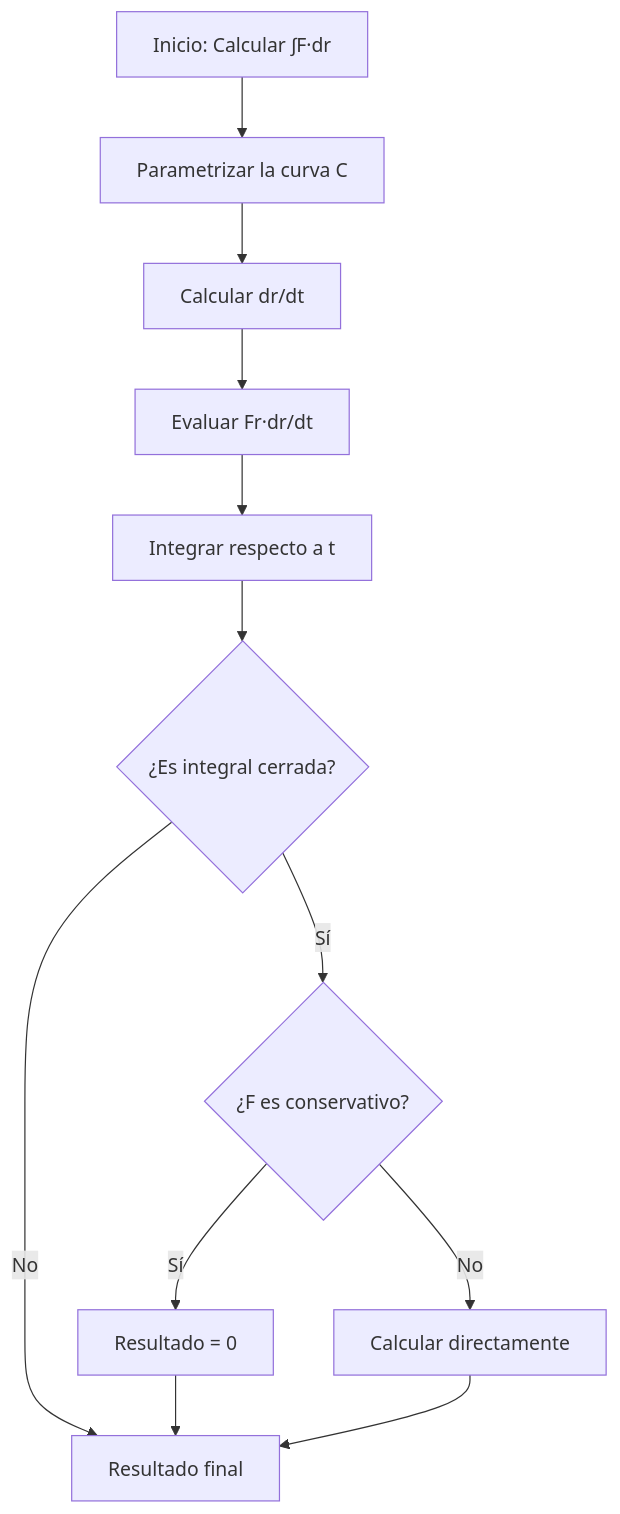
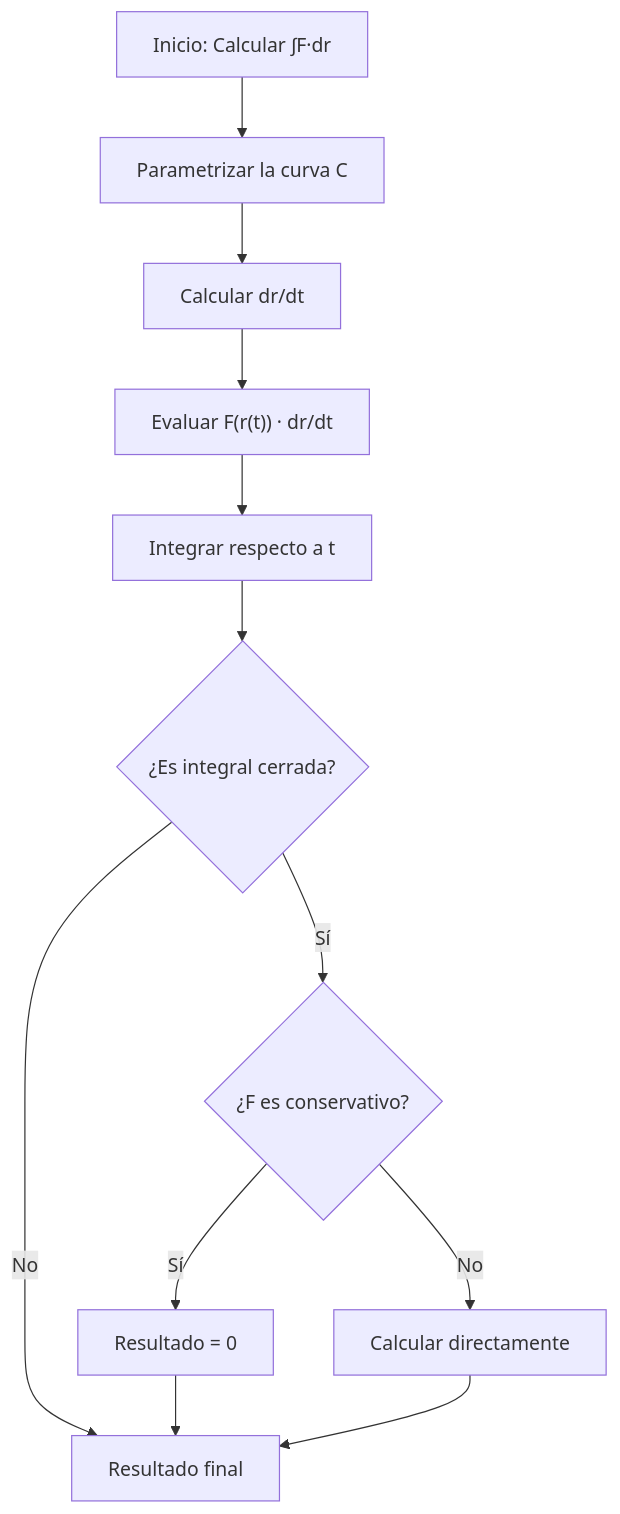
The second of 2 diagrams in public/documents/semester-3/2/3233.md (djaimej/computer-science-template), drawn with Mermaid before and after one commit. The commit also changed other lines of this file and 21 other files, not shown here.

````diff
--- a/public/documents/semester-3/2/3233.md
+++ b/public/documents/semester-3/2/3233.md
@@ -199,14 +211,14 @@
 ```mermaid
 flowchart TD
     Start[Inicio: Calcular ∫F·dr] --> Param[Parametrizar la curva C]
     Param --> Deriv[Calcular dr/dt]
-    Deriv --> Eval[Evaluar Fr·dr/dt]
+    Deriv --> Eval["Evaluar F(r(t)) · dr/dt"]
     Eval --> Integ[Integrar respecto a t]
     Integ --> Check{¿Es integral cerrada?}
     Check -->|Sí| Conserv{¿F es conservativo?}
     Check -->|No| Result[Resultado final]
     Conserv -->|Sí| Zero[Resultado = 0]
     Conserv -->|No| Calc[Calcular directamente]
     Zero --> Result
     Calc --> Result
 ```
````
